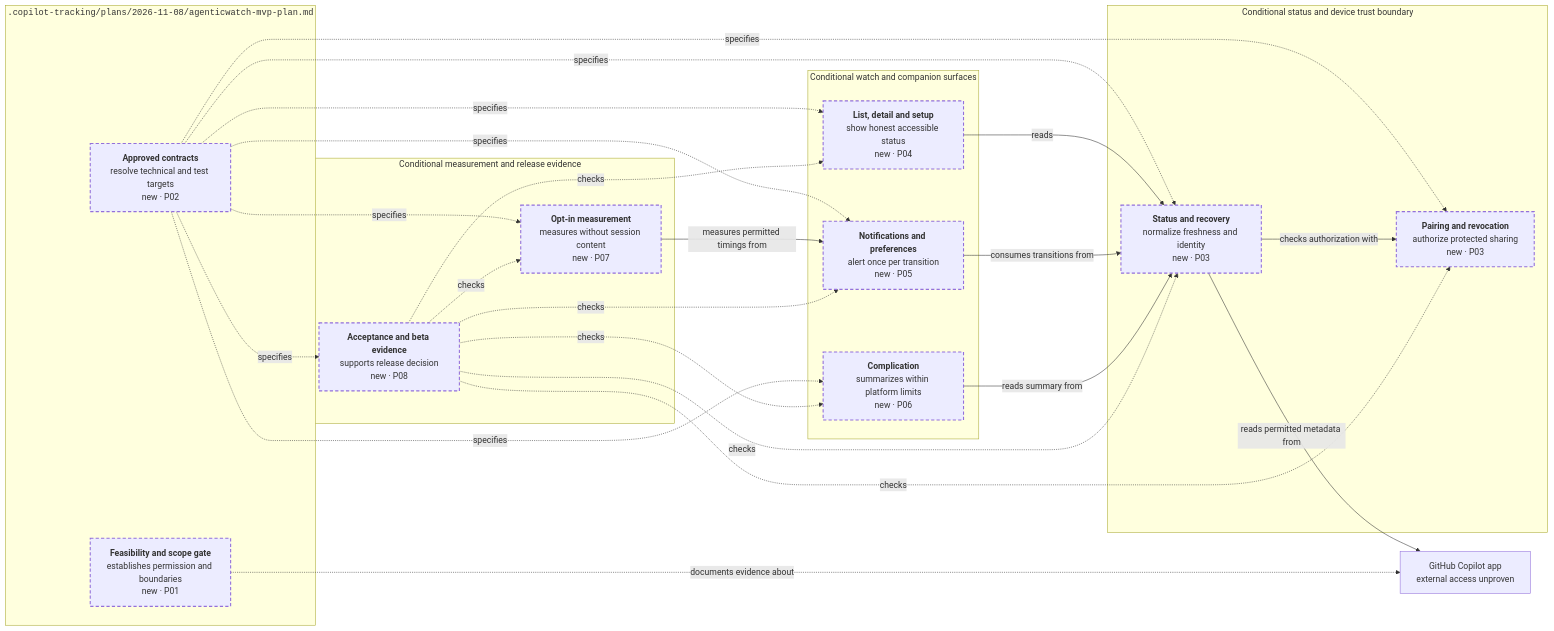
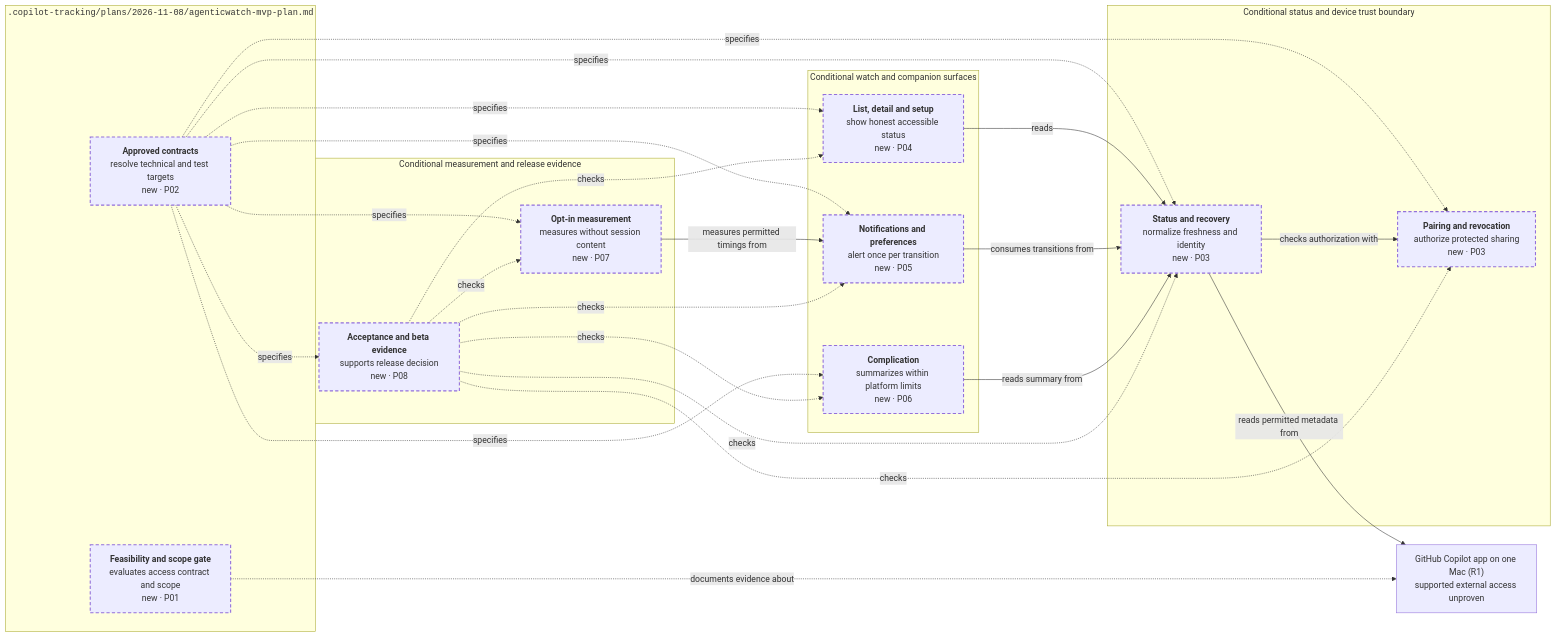
The diagram in .copilot-tracking/plans/2026-11-08/agenticwatch-mvp-plan.md (guybartal/agenticwatch), drawn with Mermaid before and after one commit. The commit also changed other lines of this file and 1 other file, not shown here.

First line of the commit message:
Record PRD decisions and approved GitHub status-contract request

````diff
--- a/.copilot-tracking/plans/2026-11-08/agenticwatch-mvp-plan.md
+++ b/.copilot-tracking/plans/2026-11-08/agenticwatch-mvp-plan.md
@@ -35,45 +44,45 @@
 ```mermaid
 flowchart LR
     accTitle: After: conditional monitoring responsibilities and their dependencies
     accDescr: Feasibility and approved design govern secure status consumption by watch surfaces and privacy-preserving verification.
     subgraph plan["<code>.copilot-tracking/plans/2026-11-08/agenticwatch-mvp-plan.md</code>"]
-        gate["<b>Feasibility and scope gate</b><br/>establishes permission and boundaries<br/>new · P01"]
+        gate["<b>Feasibility and scope gate</b><br/>evaluates access contract and scope<br/>new · P01"]
         design["<b>Approved contracts</b><br/>resolve technical and test targets<br/>new · P02"]
     end
     subgraph watch["Conditional watch and companion surfaces"]
         views["<b>List, detail and setup</b><br/>show honest accessible status<br/>new · P04"]
         notices["<b>Notifications and preferences</b><br/>alert once per transition<br/>new · P05"]
         glance["<b>Complication</b><br/>summarizes within platform limits<br/>new · P06"]
     end
     subgraph integration["Conditional status and device trust boundary"]
         trust["<b>Pairing and revocation</b><br/>authorize protected sharing<br/>new · P03"]
         status["<b>Status and recovery</b><br/>normalize freshness and identity<br/>new · P03"]
     end
     subgraph quality["Conditional measurement and release evidence"]
         metrics["<b>Opt-in measurement</b><br/>measures without session content<br/>new · P07"]
         evidence["<b>Acceptance and beta evidence</b><br/>supports release decision<br/>new · P08"]
     end
-    source["GitHub Copilot app<br/>external access unproven"]
+    source["GitHub Copilot app on one Mac (R1)<br/>supported external access unproven"]
     gate -.->|documents evidence about| source
     design -.->|specifies| trust
     design -.->|specifies| status
     design -.->|specifies| views
     design -.->|specifies| notices
     design -.->|specifies| glance
     design -.->|specifies| metrics
     design -.->|specifies| evidence
     views -->|reads| status
     notices -->|consumes transitions from| status
     glance -->|reads summary from| status
     status -->|checks authorization with| trust
     status -->|reads permitted metadata from| source
     metrics -->|measures permitted timings from| notices
     evidence -.->|checks| views
     evidence -.->|checks| notices
     evidence -.->|checks| glance
     evidence -.->|checks| trust
     evidence -.->|checks| status
     evidence -.->|checks| metrics
     classDef new stroke-dasharray: 6 4,stroke-width:2px
     class gate,design,views,notices,glance,trust,status,metrics,evidence new
 ```
````
